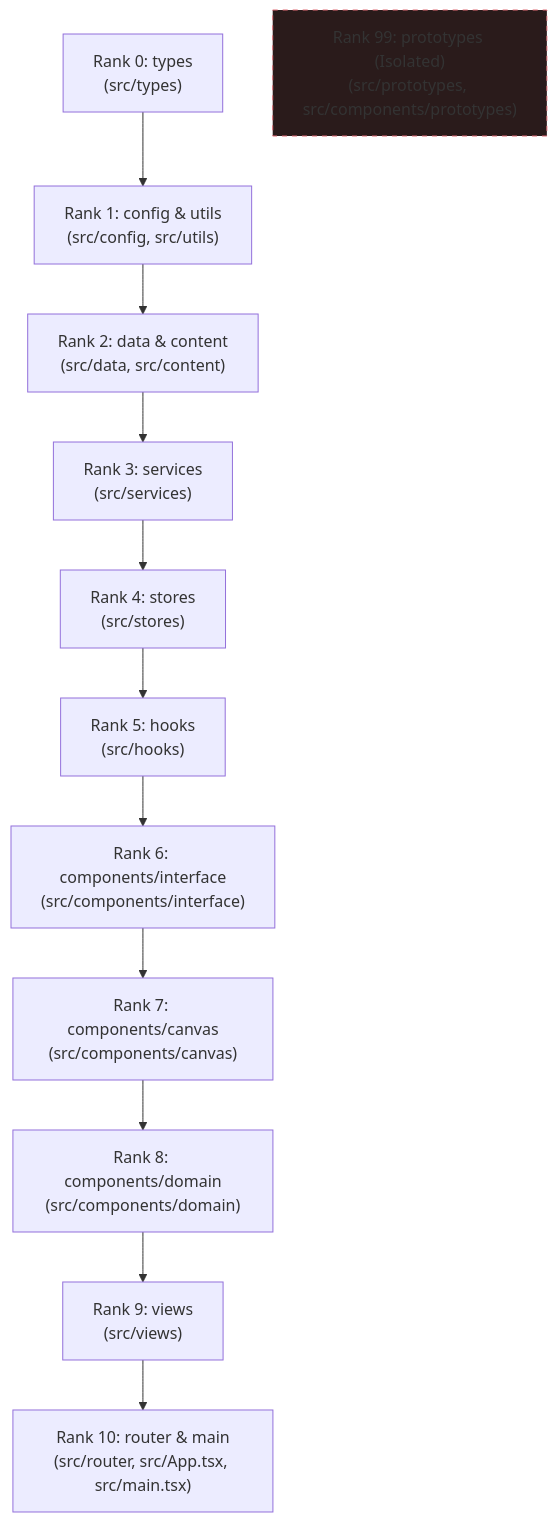
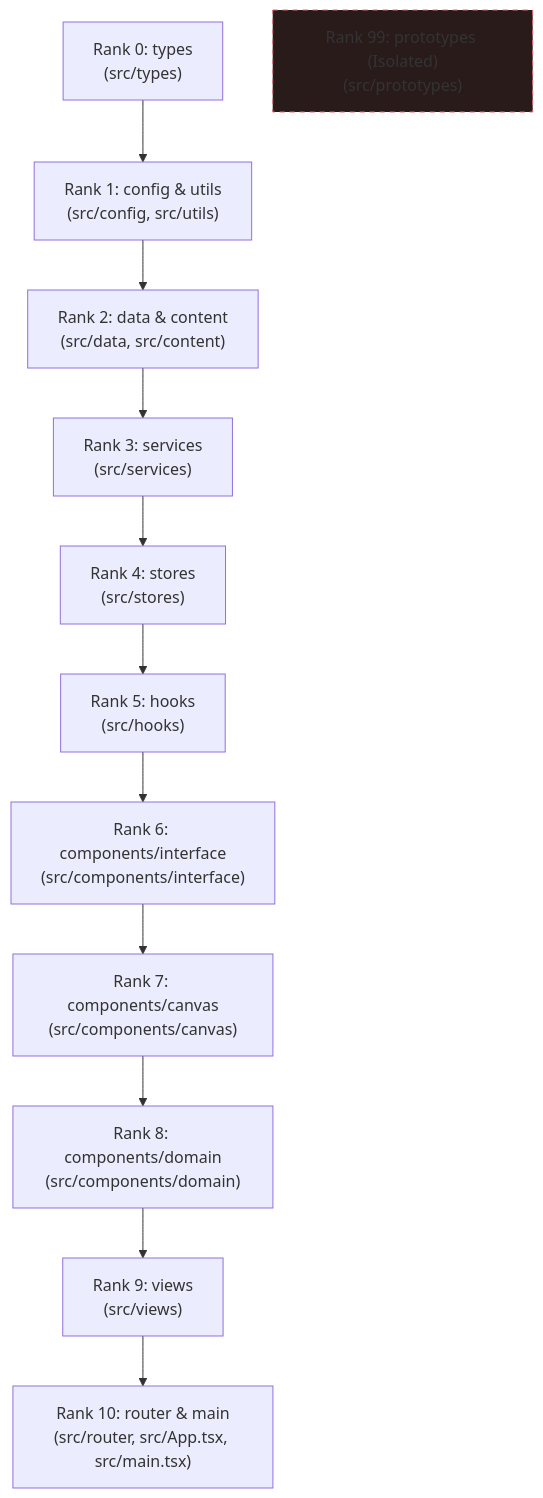
The diagram in docs/architecture/layering-and-guardrails.md (marcelkornblum/starmap), drawn with Mermaid before and after one commit. The commit also changed other lines of this file and 66 other files, not shown here.

````diff
--- a/docs/architecture/layering-and-guardrails.md
+++ b/docs/architecture/layering-and-guardrails.md
@@ -13,20 +13,20 @@
 ```mermaid
 flowchart TD
     L0["Rank 0: types\n(src/types)"]
     L1["Rank 1: config & utils\n(src/config, src/utils)"]
     L2["Rank 2: data & content\n(src/data, src/content)"]
     L3["Rank 3: services\n(src/services)"]
     L4["Rank 4: stores\n(src/stores)"]
     L5["Rank 5: hooks\n(src/hooks)"]
     L6["Rank 6: components/interface\n(src/components/interface)"]
     L7["Rank 7: components/canvas\n(src/components/canvas)"]
     L8["Rank 8: components/domain\n(src/components/domain)"]
     L9["Rank 9: views\n(src/views)"]
     L10["Rank 10: router & main\n(src/router, src/App.tsx, src/main.tsx)"]
     
-    Isolated["Rank 99: prototypes (Isolated)\n(src/prototypes, src/components/prototypes)"]
+    Isolated["Rank 99: prototypes (Isolated)\n(src/prototypes)"]
 
     L0 --> L1 --> L2 --> L3 --> L4 --> L5 --> L6 --> L7 --> L8 --> L9 --> L10
     
     style Isolated fill:#2a1b1b,stroke:#e06c75,stroke-dasharray: 5 5
 ```
````
